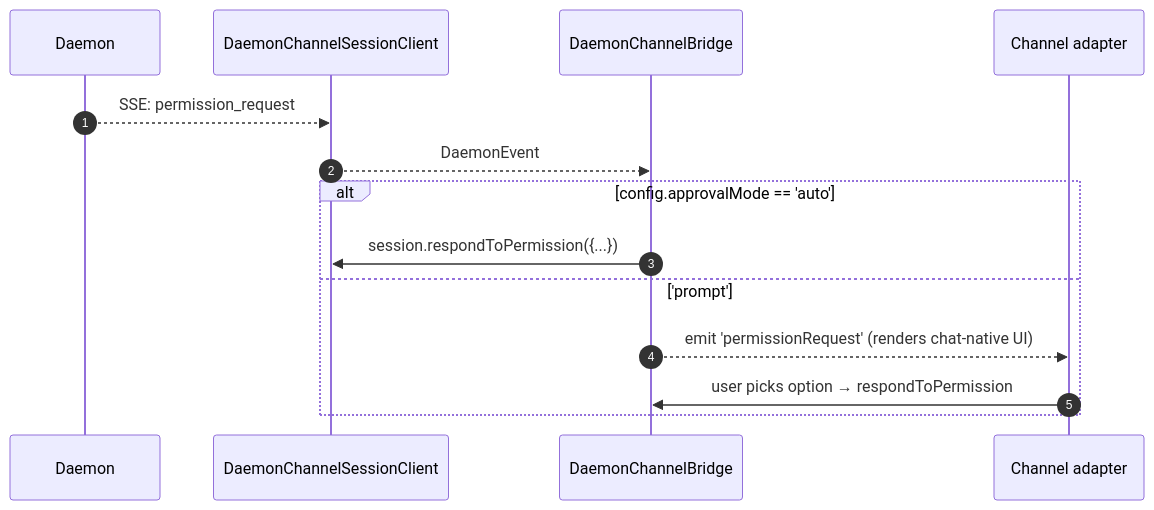
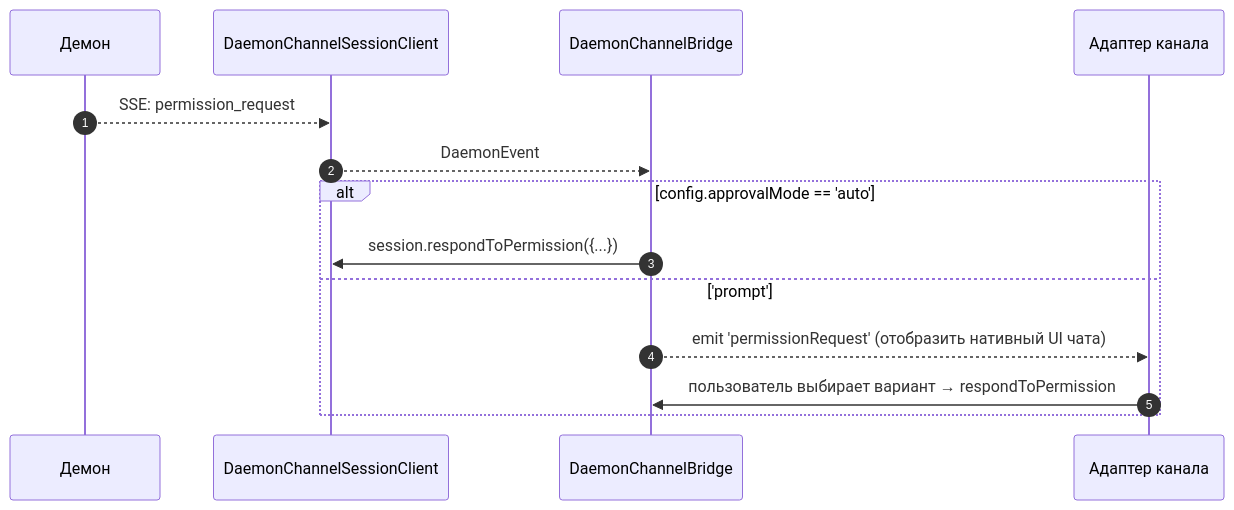
One commit to QwenLM/qwen-code-docs changed the third of 3 diagrams in website/content/ru/developers/daemon/15-channel-adapters.md. Above: the diagram before and after it, drawn with Mermaid. The commit also changed other lines of this file and 1077 other files, not shown here.

````diff
--- a/website/content/ru/developers/daemon/15-channel-adapters.md
+++ b/website/content/ru/developers/daemon/15-channel-adapters.md
@@ -134,17 +135,17 @@
 ```mermaid
 sequenceDiagram
     autonumber
-    participant D as Daemon
+    participant D as Демон
     participant SC as DaemonChannelSessionClient
     participant BR as DaemonChannelBridge
-    participant AD as Channel adapter
+    participant AD as Адаптер канала
 
     D-->>SC: SSE: permission_request
     SC-->>BR: DaemonEvent
     alt config.approvalMode == 'auto'
         BR->>SC: session.respondToPermission({...})
     else 'prompt'
-        BR-->>AD: emit 'permissionRequest' (renders chat-native UI)
-        AD->>BR: user picks option → respondToPermission
+        BR-->>AD: emit 'permissionRequest' (отобразить нативный UI чата)
+        AD->>BR: пользователь выбирает вариант → respondToPermission
     end
 ```
````
